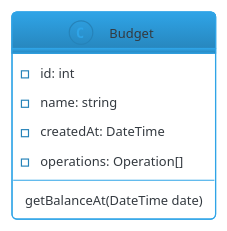
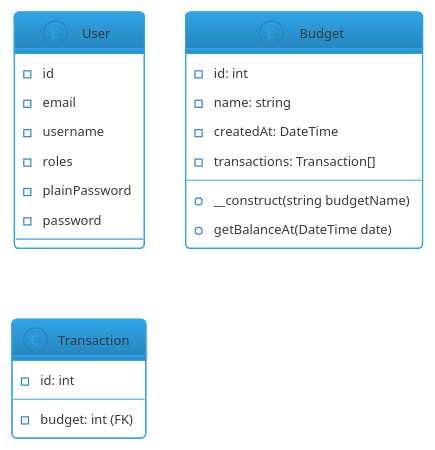
Before and after one commit to hello-devs/budget-manager-api: the diagram in docs/classes/general-classes-diagram.puml, drawn with PlantUML.

Commit message:
doc: make draf diagrams of User, Transaction and Budget classes

```diff
--- a/docs/classes/general-classes-diagram.puml
+++ b/docs/classes/general-classes-diagram.puml
@@ -1,19 +1,34 @@
 @startuml
 'https://plantuml.com/class-diagram
 !theme cerulean-outline
 skinparam backgroundColor white
 '----------------------------------------------
 
+class User{
+        -id
+     -email
+     -username
+     -roles
+     -plainPassword
+     -password
+}
+
 class Budget {
 
     - id: int
     - name: string
     - createdAt: DateTime
-    - operations: Operation[]
+    - transactions: Transaction[]
 
-    getBalanceAt(DateTime date)
-
+    + __construct(string budgetName)
+    + getBalanceAt(DateTime date)
 
 }
 
+class Transaction {
+
+    - id: int
+    - budget: int (FK)
+}
+
 @enduml
```
